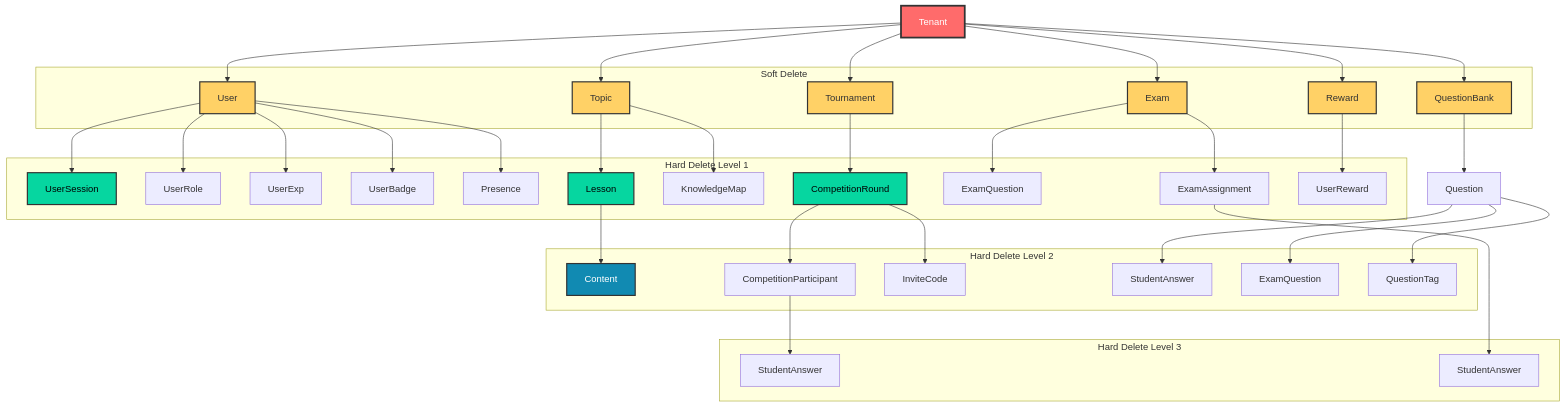
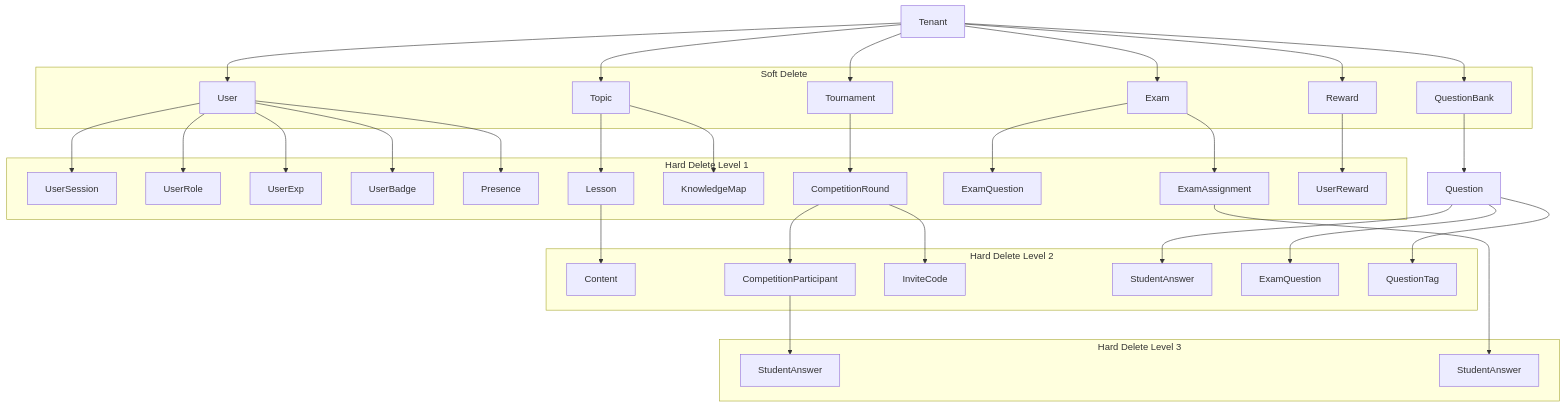
One commit to philongdanh/lms changed the second of 2 diagrams in docs/specs/01-arch/data.md. Above: the diagram before and after it, drawn with Mermaid. The commit also changed 3 other files, not shown here.

````diff
--- a/docs/specs/01-arch/data.md
+++ b/docs/specs/01-arch/data.md
@@ -896,16 +896,4 @@
         StudentAnswer2
         StudentAnswer3
     end
-
-    style Tenant fill:#ff6b6b,stroke:#333,stroke-width:3px,color:#fff
-    style User fill:#ffd166,stroke:#333,stroke-width:2px
-    style Topic fill:#ffd166,stroke:#333,stroke-width:2px
-    style QuestionBank fill:#ffd166,stroke:#333,stroke-width:2px
-    style Tournament fill:#ffd166,stroke:#333,stroke-width:2px
-    style Exam fill:#ffd166,stroke:#333,stroke-width:2px
-    style Reward fill:#ffd166,stroke:#333,stroke-width:2px
-    style UserSession fill:#06d6a0,stroke:#333,stroke-width:2px,color:#000
-    style Lesson fill:#06d6a0,stroke:#333,stroke-width:2px,color:#000
-    style Content fill:#118ab2,stroke:#333,stroke-width:2px,color:#fff
-    style CompetitionRound fill:#06d6a0,stroke:#333,stroke-width:2px,color:#000
 ```
````
